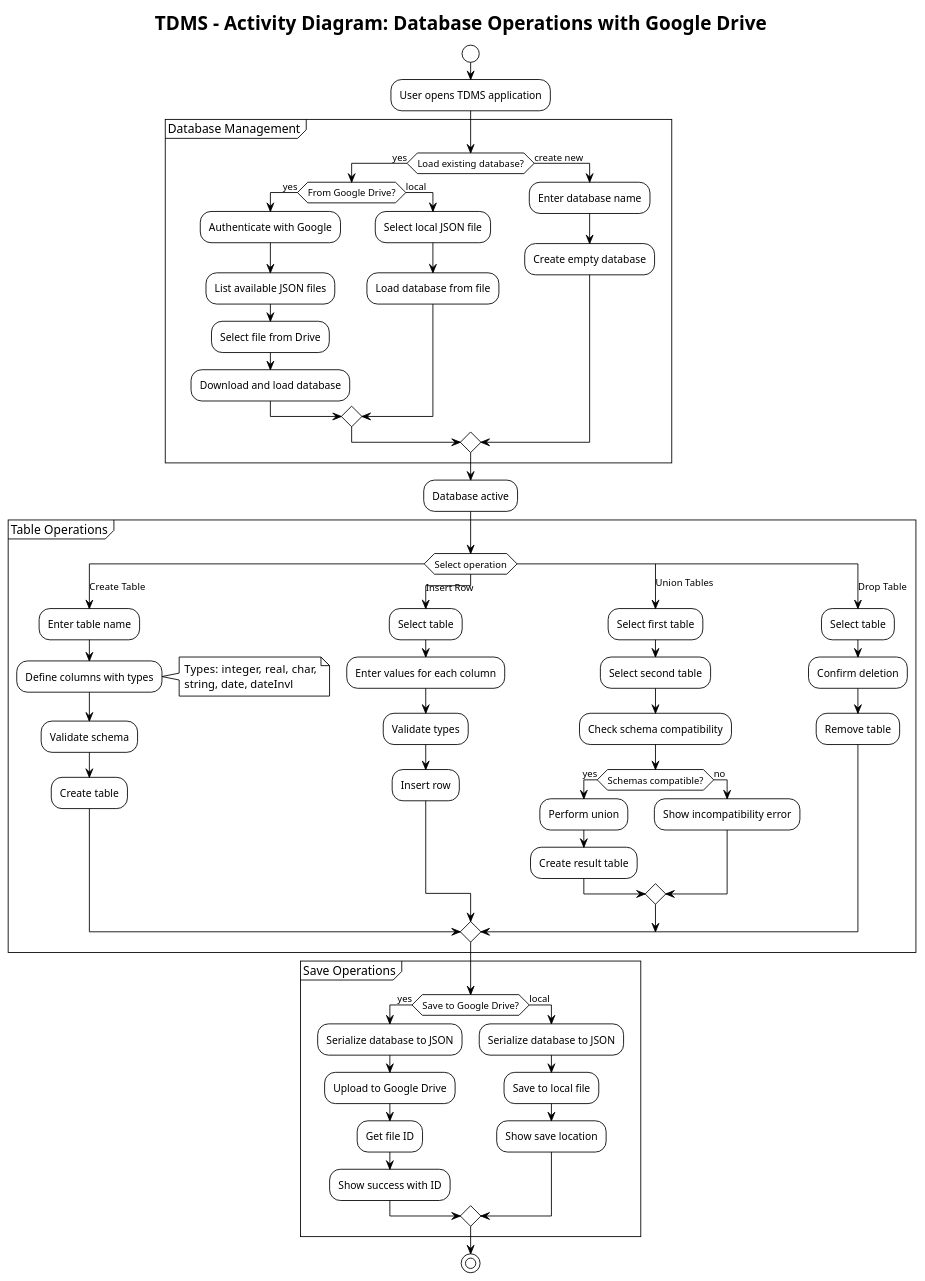
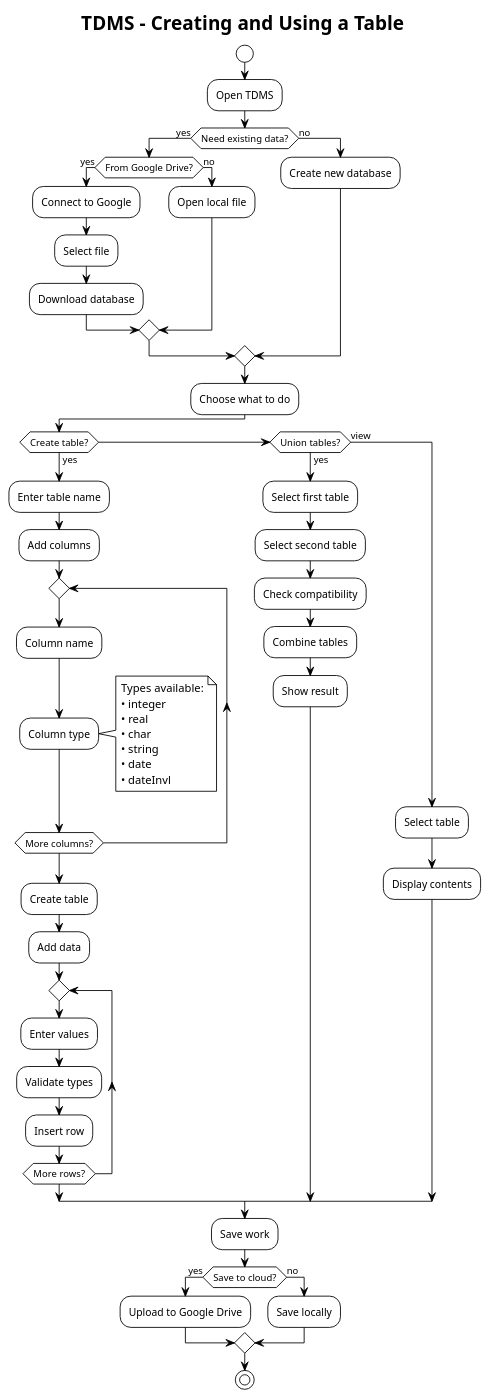
Before and after one commit to PavelShpagin/TDMS: the diagram in UML/04_activity.puml, drawn with PlantUML. The commit also changed 26 other files, not shown here.

First line of the commit message:
Simplify and humanize UML diagrams based on actual code

```diff
--- a/UML/04_activity.puml
+++ b/UML/04_activity.puml
@@ -1,76 +1,68 @@
 @startuml activity
 !theme plain
-title TDMS - Activity Diagram: Database Operations with Google Drive
+title TDMS - Creating and Using a Table
 
 start
 
-:User opens TDMS application;
+:Open TDMS;
 
-partition "Database Management" {
-  if (Load existing database?) then (yes)
-    if (From Google Drive?) then (yes)
-      :Authenticate with Google;
-      :List available JSON files;
-      :Select file from Drive;
-      :Download and load database;
-    else (local)
-      :Select local JSON file;
-      :Load database from file;
-    endif
-  else (create new)
-    :Enter database name;
-    :Create empty database;
+if (Need existing data?) then (yes)
+  if (From Google Drive?) then (yes)
+    :Connect to Google;
+    :Select file;
+    :Download database;
+  else (no)
+    :Open local file;
   endif
-}
+else (no)
+  :Create new database;
+endif
 
-:Database active;
+:Choose what to do;
 
-partition "Table Operations" {
-  switch (Select operation)
-  case (Create Table)
-    :Enter table name;
-    :Define columns with types;
+if (Create table?) then (yes)
+  :Enter table name;
+  :Add columns;
+  repeat
+    :Column name;
+    :Column type;
     note right
-      Types: integer, real, char,
-      string, date, dateInvl
+      Types available:
+      • integer
+      • real  
+      • char
+      • string
+      • date
+      • dateInvl
     end note
-    :Validate schema;
-    :Create table;
-  case (Insert Row)
-    :Select table;
-    :Enter values for each column;
+  repeat while (More columns?)
+  :Create table;
+  
+  :Add data;
+  repeat
+    :Enter values;
     :Validate types;
     :Insert row;
-  case (Union Tables)
-    :Select first table;
-    :Select second table;
-    :Check schema compatibility;
-    if (Schemas compatible?) then (yes)
-      :Perform union;
-      :Create result table;
-    else (no)
-      :Show incompatibility error;
-    endif
-  case (Drop Table)
-    :Select table;
-    :Confirm deletion;
-    :Remove table;
-  endswitch
-}
+  repeat while (More rows?)
+  
+elseif (Union tables?) then (yes)
+  :Select first table;
+  :Select second table;
+  :Check compatibility;
+  :Combine tables;
+  :Show result;
+else (view)
+  :Select table;
+  :Display contents;
+endif
 
-partition "Save Operations" {
-  if (Save to Google Drive?) then (yes)
-    :Serialize database to JSON;
-    :Upload to Google Drive;
-    :Get file ID;
-    :Show success with ID;
-  else (local)
-    :Serialize database to JSON;
-    :Save to local file;
-    :Show save location;
-  endif
-}
+:Save work;
+if (Save to cloud?) then (yes)
+  :Upload to Google Drive;
+else (no)
+  :Save locally;
+endif
 
 stop
 
 @enduml
```
